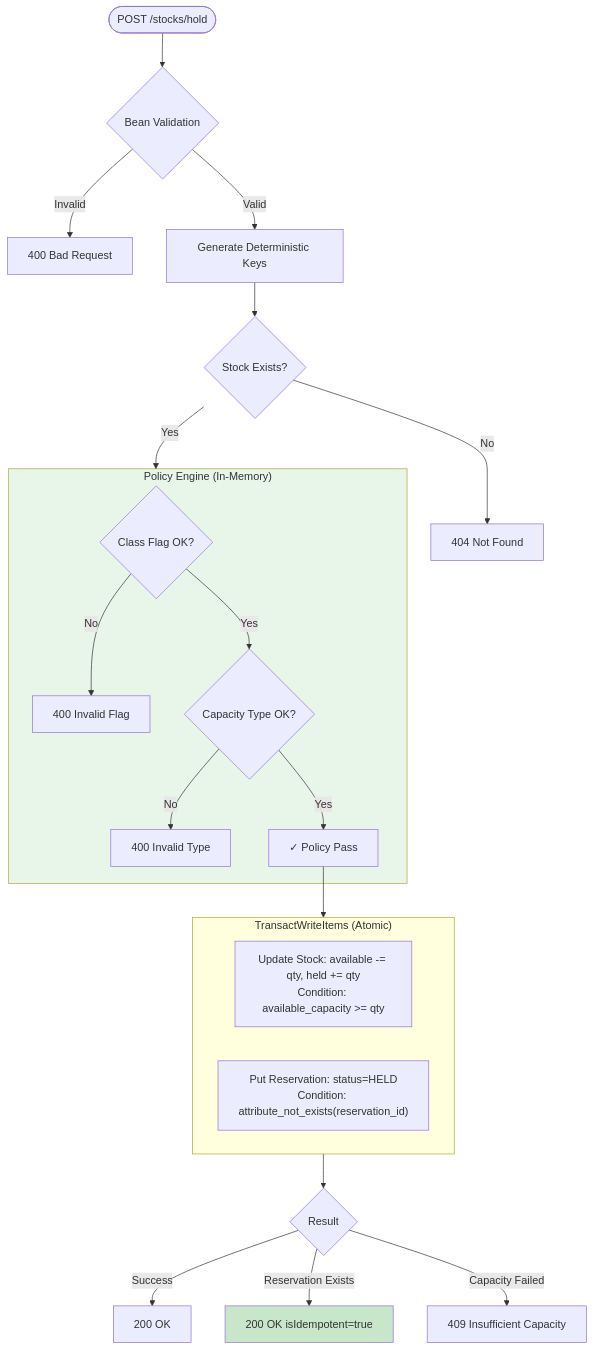
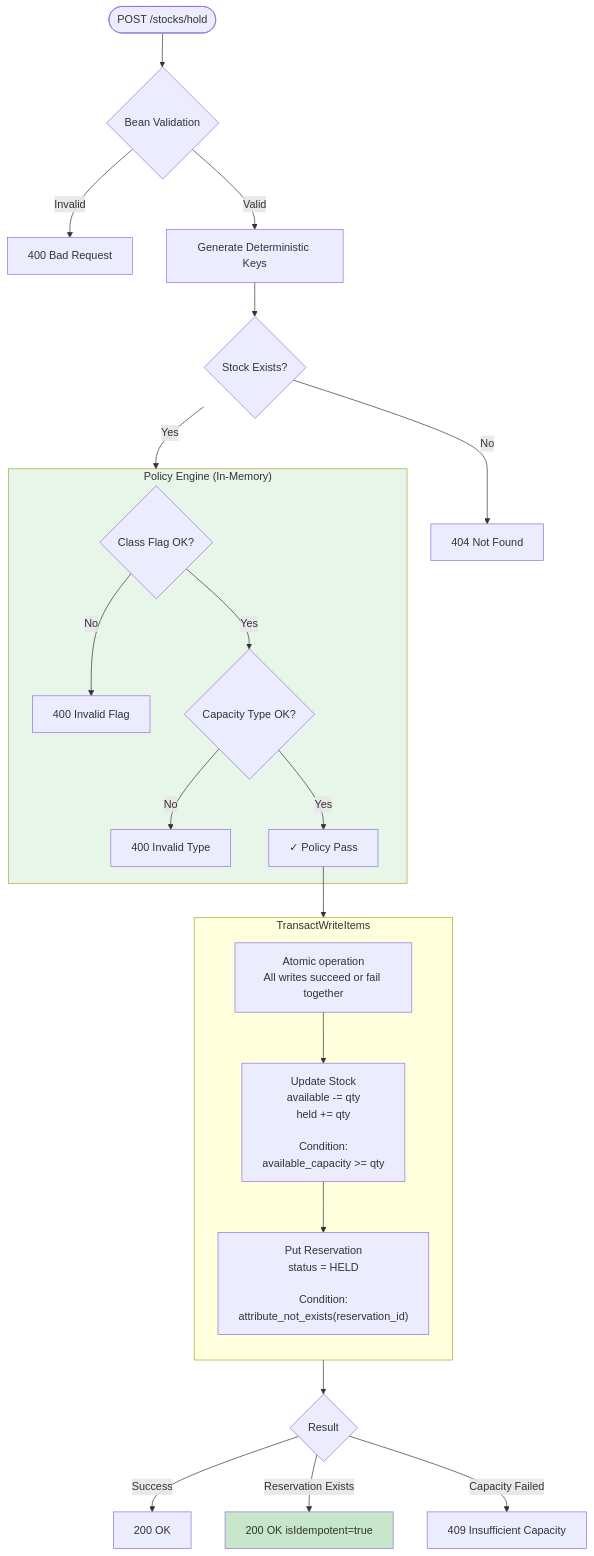
The second of 6 diagrams in docs/api-flow-diagrams.md (sethu-rs/stockkeeper), drawn with Mermaid before and after one commit. The commit also changed other lines of this file, not shown here.

````diff
--- a/docs/api-flow-diagrams.md
+++ b/docs/api-flow-diagrams.md
@@ -90,32 +90,39 @@
 ```mermaid
 flowchart TD
     Start([POST /stocks/hold]) --> Validate{Bean Validation}
     Validate -->|Invalid| Err400[400 Bad Request]
     Validate -->|Valid| GenKeys[Generate Deterministic Keys]
 
     GenKeys --> CheckStock{Stock Exists?}
     CheckStock -->|No| Err404[404 Not Found]
     CheckStock -->|Yes| Policy
 
     subgraph Policy["Policy Engine (In-Memory)"]
         PE1{Class Flag OK?} -->|No| ErrP1[400 Invalid Flag]
         PE1 -->|Yes| PE2{Capacity Type OK?}
         PE2 -->|No| ErrP2[400 Invalid Type]
         PE2 -->|Yes| Pass[✓ Policy Pass]
     end
 
     Pass --> Transaction
 
-    subgraph Transaction["TransactWriteItems (Atomic)"]
-        T1["Update Stock: available -= qty, held += qty<br/>Condition: available_capacity >= qty"]
-        T2["Put Reservation: status=HELD<br/>Condition: attribute_not_exists(reservation_id)"]
+    subgraph Transaction["TransactWriteItems"]
+        direction TB
+
+        AtomicNote["Atomic operation<br/>All writes succeed or fail together"]
+
+        T1["Update Stock<br/>available -= qty<br/>held += qty<br/><br/>Condition:<br/>available_capacity >= qty"]
+        T2["Put Reservation<br/>status = HELD<br/><br/>Condition:<br/>attribute_not_exists(reservation_id)"]
+
+        AtomicNote --> T1
+        T1 --> T2
     end
 
     Transaction --> Result{Result}
     Result -->|Success| OK200[200 OK]
     Result -->|Reservation Exists| Idemp[200 OK isIdempotent=true]
     Result -->|Capacity Failed| Err409[409 Insufficient Capacity]
 
     style Policy fill:#e8f5e9
     style Idemp fill:#c8e6c9
 ```
````
